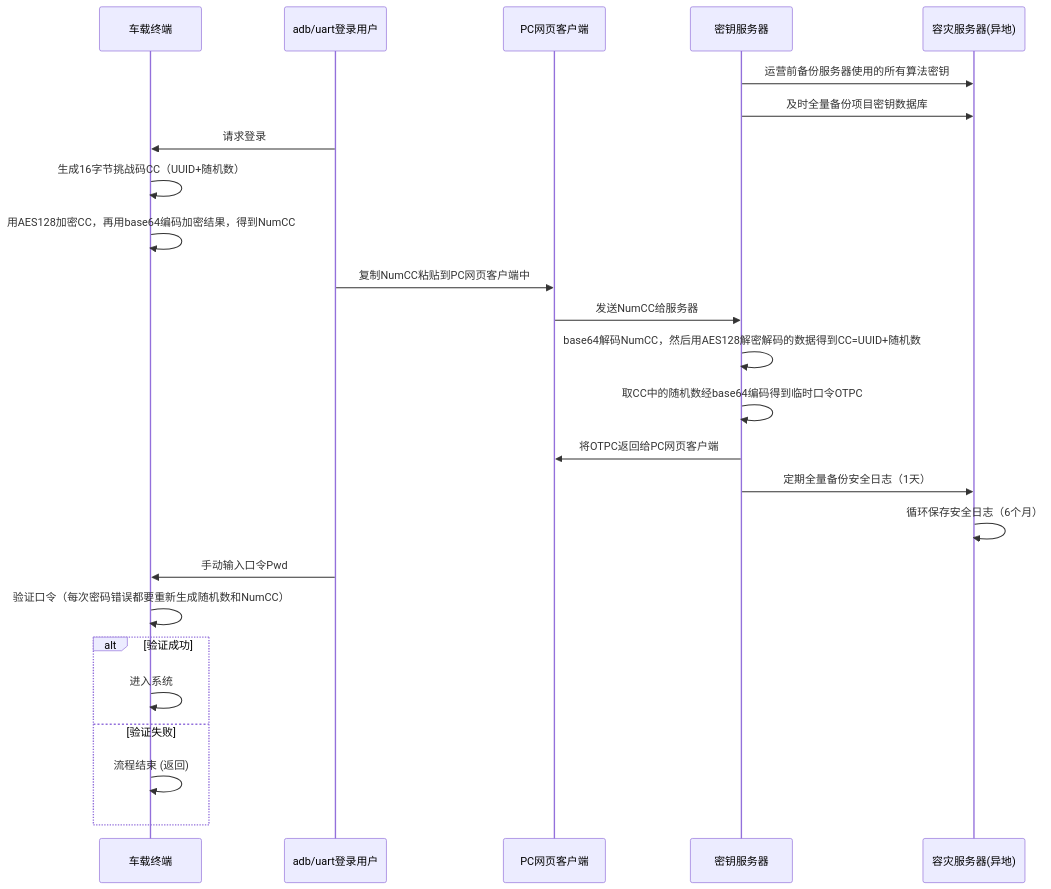
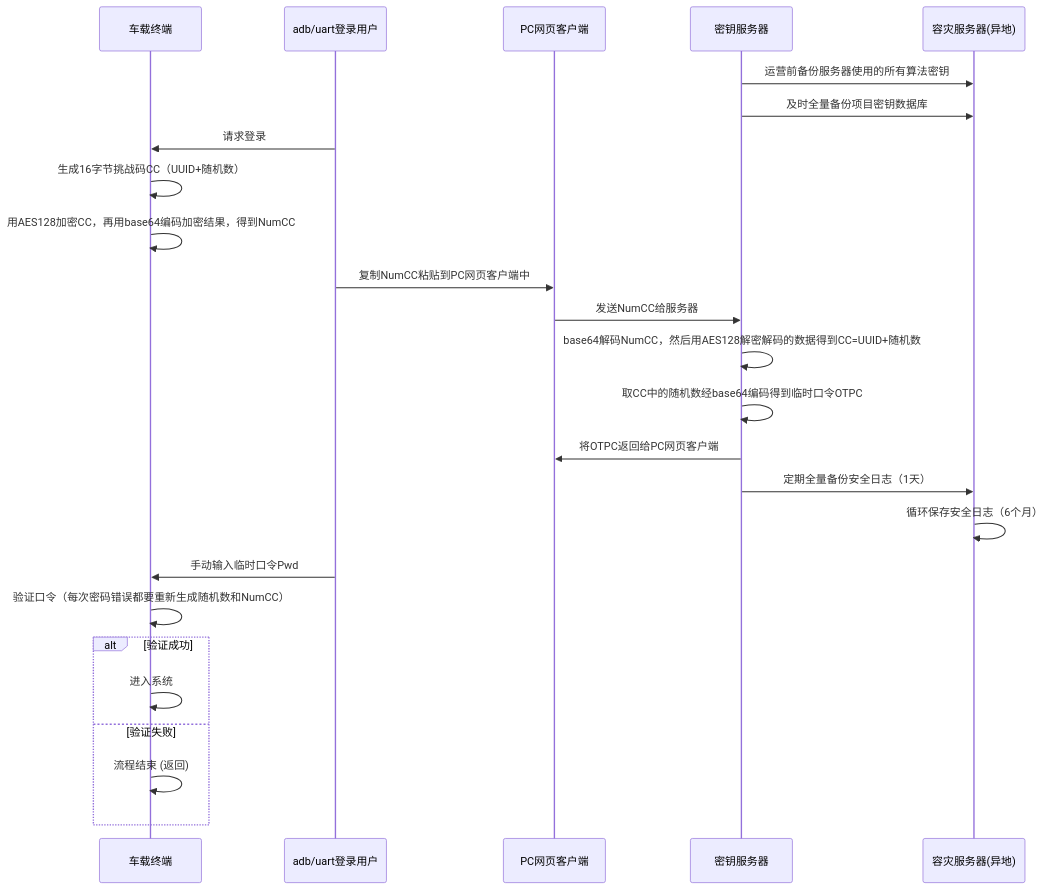
Before and after one commit to facebook-cloud/iodraw-files: the diagram in all/未命名-21.md, drawn with Mermaid.

Commit message:
2026-04-14 13:27:55 update

````diff
--- a/all/未命名-21.md
+++ b/all/未命名-21.md
@@ -1,32 +1,32 @@
 ```mermaid
 sequenceDiagram
     participant tbox as 车载终端
     participant user as adb/uart登录用户
     participant pc as PC网页客户端
     participant tech_center as 密钥服务器
     participant backup as 容灾服务器(异地)
   
     tech_center->>backup: 运营前备份服务器使用的所有算法密钥
     tech_center->>backup: 及时全量备份项目密钥数据库
 
     user->>tbox: 请求登录
     tbox->>tbox: 生成16字节挑战码CC（UUID+随机数）
     tbox->>tbox: 用AES128加密CC，再用base64编码加密结果，得到NumCC
     user->>pc: 复制NumCC粘贴到PC网页客户端中
     pc->>tech_center: 发送NumCC给服务器
     tech_center->>tech_center: base64解码NumCC，然后用AES128解密解码的数据得到CC=UUID+随机数
     tech_center->>tech_center: 取CC中的随机数经base64编码得到临时口令OTPC
     tech_center->>pc: 将OTPC返回给PC网页客户端
 
     tech_center->>backup: 定期全量备份安全日志（1天）
     backup->>backup: 循环保存安全日志（6个月）
-    user->>tbox: 手动输入口令Pwd
+    user->>tbox: 手动输入临时口令Pwd
     tbox->>tbox: 验证口令（每次密码错误都要重新生成随机数和NumCC）
     alt 验证成功
         tbox->>tbox: 进入系统
     else 验证失败
         tbox->>tbox: 流程结束 (返回)
     end
 
 
 ```
````
